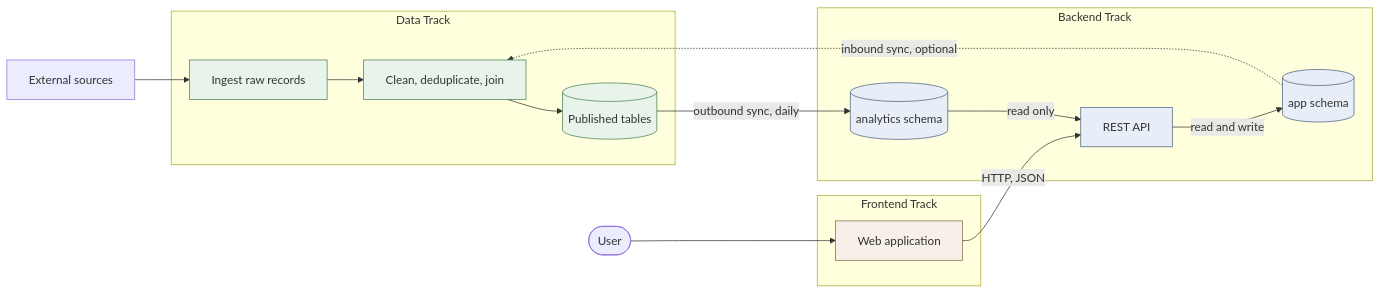
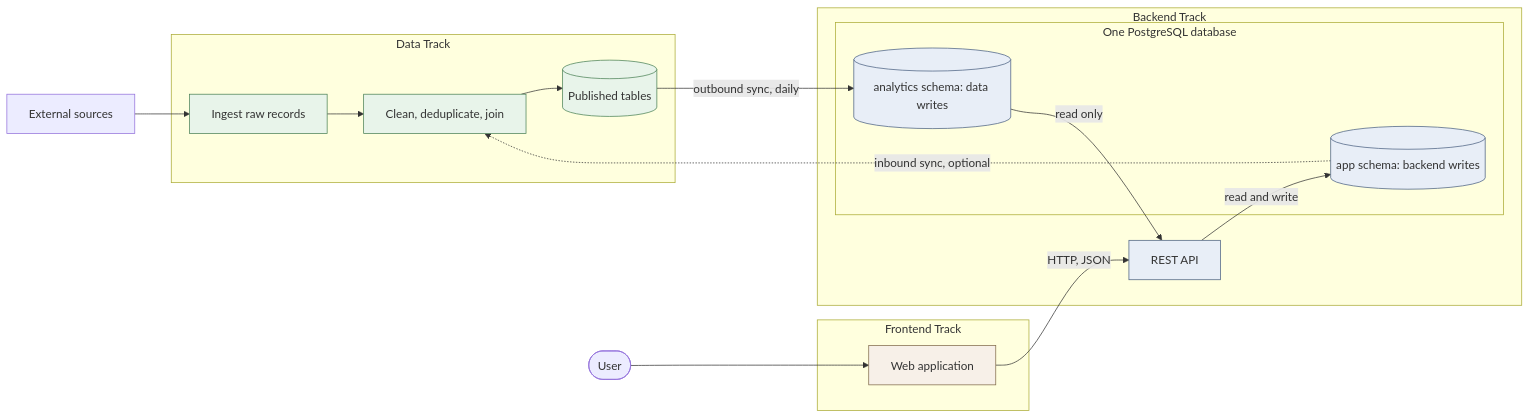
The diagram in README.md (HackYourFuture/final-project-template), drawn with Mermaid before and after one commit.

Commit message:
docs: show both schemas inside one database

````diff
--- a/README.md
+++ b/README.md
@@ -67,35 +67,38 @@
 ```mermaid
 flowchart LR
     EXT["External sources"]
 
     subgraph de["Data Track"]
         ING["Ingest raw records"]
         MODEL["Clean, deduplicate, join"]
         MART[("Published tables")]
     end
 
     subgraph be["Backend Track"]
-        ANA[("analytics schema")]
         API["REST API"]
-        APP[("app schema")]
+        subgraph db["One PostgreSQL database"]
+            ANA[("analytics schema: data writes")]
+            APP[("app schema: backend writes")]
+            ANA ~~~ APP
+        end
     end
 
     subgraph fe["Frontend Track"]
         UI["Web application"]
     end
 
     EXT --> ING --> MODEL --> MART
     MART -->|"outbound sync, daily"| ANA
     ANA -->|"read only"| API
     API -->|"read and write"| APP
     UI -->|"HTTP, JSON"| API
     User([User]) --> UI
     APP -.->|"inbound sync, optional"| MODEL
 
     classDef d fill:#e8f4ea,stroke:#4a8055
     classDef b fill:#e8eef7,stroke:#4a6080
     classDef f fill:#f7f0e8,stroke:#806a4a
     class ING,MODEL,MART d
     class ANA,APP,API b
     class UI f
 ```
````
